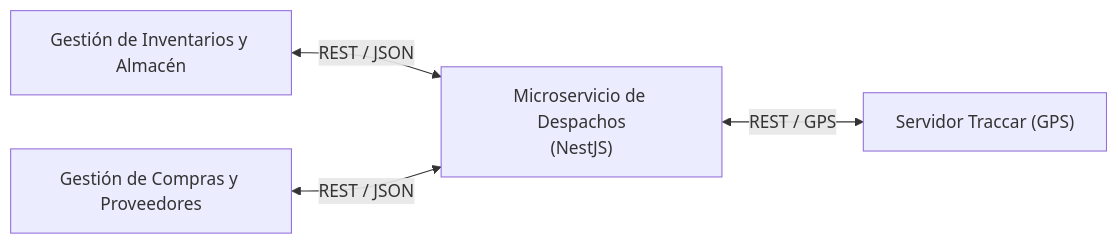
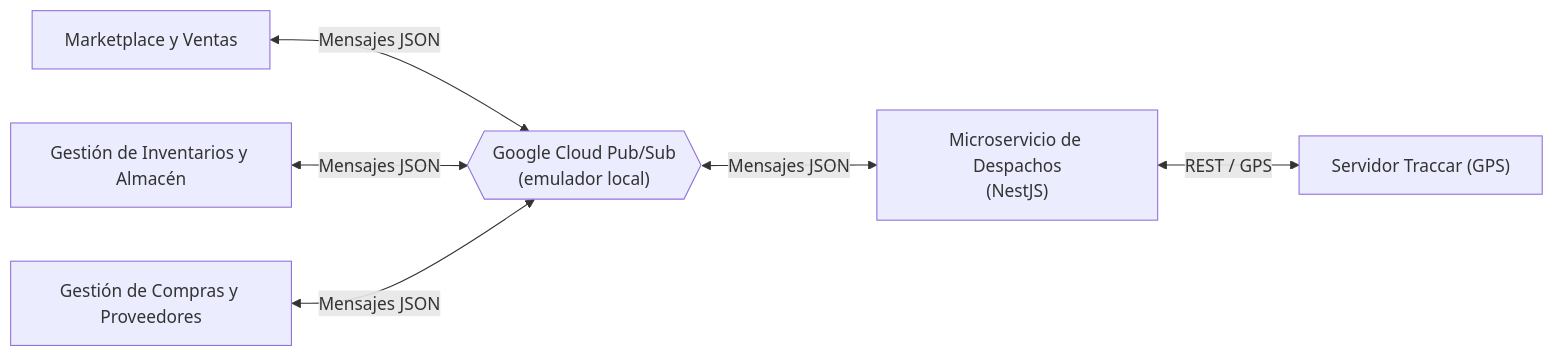
Before and after one commit to Entregas-y-despacho-MS/delivery-dispatch-docs: the first of 5 diagrams in interoperabilidad-y-flujos.md, drawn with Mermaid. The commit also changed other lines of this file and 4 other files, not shown here.

````diff
--- a/interoperabilidad-y-flujos.md
+++ b/interoperabilidad-y-flujos.md
@@ -12,6 +12,8 @@
 ```mermaid
 flowchart LR
-    Inventario["Gestión de Inventarios y Almacén"] <-->|REST / JSON| Despachos["Microservicio de Despachos\n(NestJS)"]
-    Compras["Gestión de Compras y Proveedores"] <-->|REST / JSON| Despachos
+    Marketplace["Marketplace y Ventas"] <-->|Mensajes JSON| Broker{{"Google Cloud Pub/Sub\n(emulador local)"}}
+    Inventario["Gestión de Inventarios y Almacén"] <-->|Mensajes JSON| Broker
+    Compras["Gestión de Compras y Proveedores"] <-->|Mensajes JSON| Broker
+    Broker <-->|Mensajes JSON| Despachos["Microservicio de Despachos\n(NestJS)"]
     Despachos <-->|REST / GPS| Traccar["Servidor Traccar (GPS)"]
 ```
````
